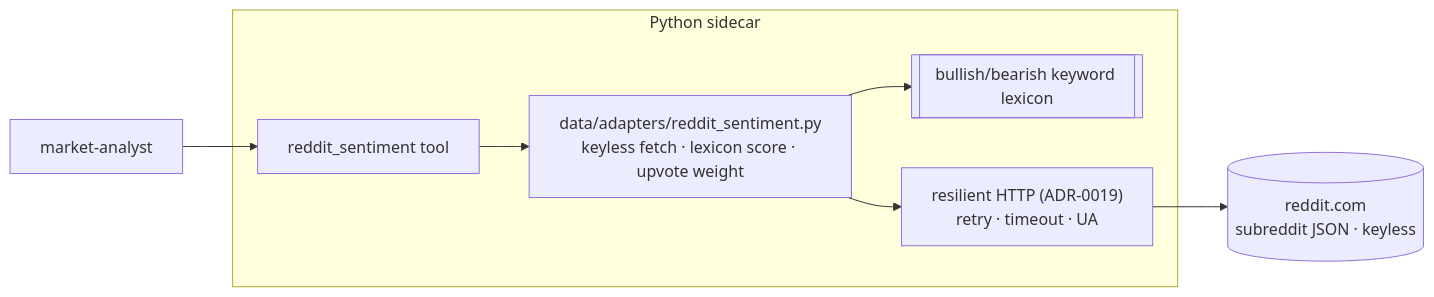
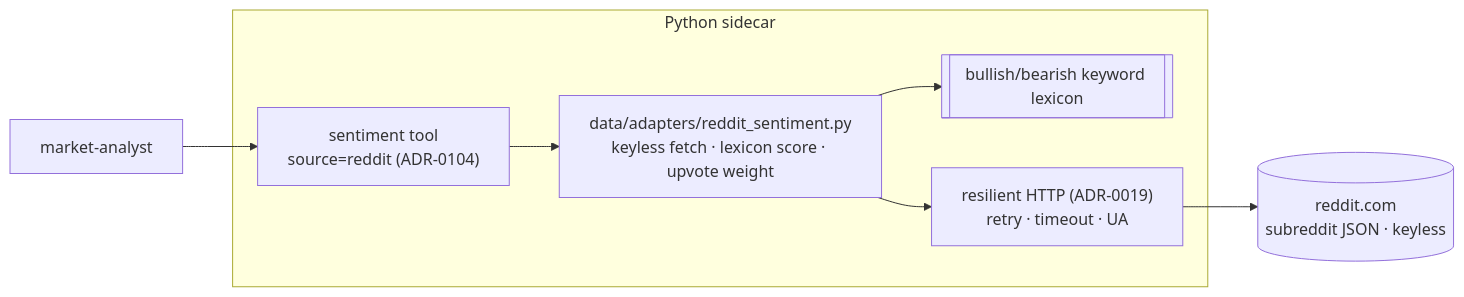
Before and after one commit to IgorKonovalov/market-analyzer: the diagram in docs/architecture/plans/0103-reddit-crowd-sentiment.md, drawn with Mermaid. The commit also changed other lines of this file and 3 other files, not shown here.

First line of the commit message:
docs(architect): reroute plans 0103/0108/0042 onto ADR-0104 tool modes

````diff
--- a/docs/architecture/plans/0103-reddit-crowd-sentiment.md
+++ b/docs/architecture/plans/0103-reddit-crowd-sentiment.md
@@ -22,13 +22,13 @@
 ```mermaid
 flowchart LR
     subgraph sidecar [Python sidecar]
-        T[reddit_sentiment tool]
+        T["sentiment tool<br/>source=reddit (ADR-0104)"]
         A["data/adapters/reddit_sentiment.py<br/>keyless fetch · lexicon score · upvote weight"]
         L[[bullish/bearish keyword lexicon]]
         R["resilient HTTP (ADR-0019)<br/>retry · timeout · UA"]
         T --> A --> L
         A --> R
     end
     R --> Reddit[(reddit.com<br/>subreddit JSON · keyless)]
     Agent[market-analyst] --> T
 ```
````
